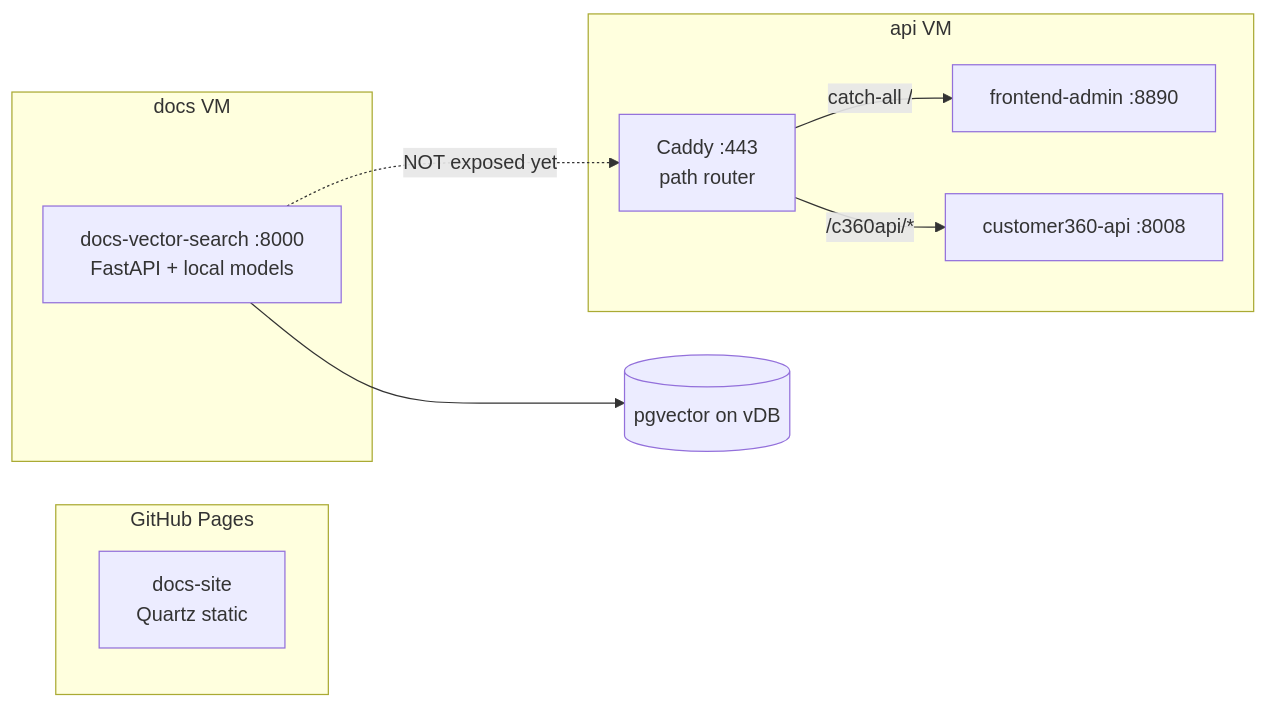
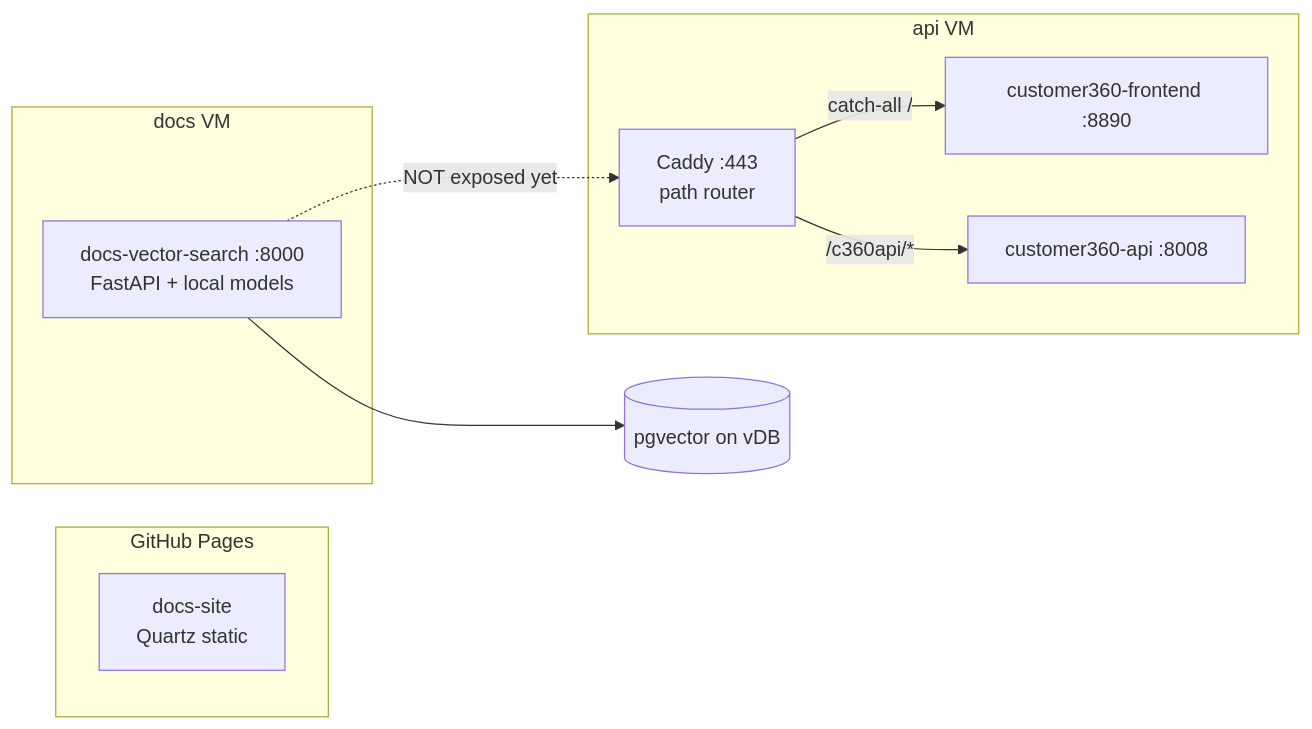
One commit to LEO-CDP/leo-customer360 changed the first of 2 diagrams in docs/code-review/docs-chatbot-agent-implementation-plan.md. Above: the diagram before and after it, drawn with Mermaid. The commit also changed other lines of this file and 133 other files, not shown here.

Commit message:
refactoring, rename folder frontend-admin to customer360-frontend

````diff
--- a/docs/code-review/docs-chatbot-agent-implementation-plan.md
+++ b/docs/code-review/docs-chatbot-agent-implementation-plan.md
@@ -111,20 +111,20 @@
 ```mermaid
 flowchart LR
   subgraph GH[GitHub Pages]
     DS[docs-site<br/>Quartz static]
   end
   subgraph API_BOX[api VM]
     Caddy[Caddy :443<br/>path router]
-    FE[frontend-admin :8890]
+    FE[customer360-frontend :8890]
     C360API[customer360-api :8008]
   end
   subgraph DOCS_BOX[docs VM]
     RAG[docs-vector-search :8000<br/>FastAPI + local models]
   end
   vDB[(pgvector on vDB)]
 
   Caddy -->|catch-all /| FE
   Caddy -->|/c360api/*| C360API
   RAG --> vDB
   RAG -.->|NOT exposed yet| Caddy
 ```
````
